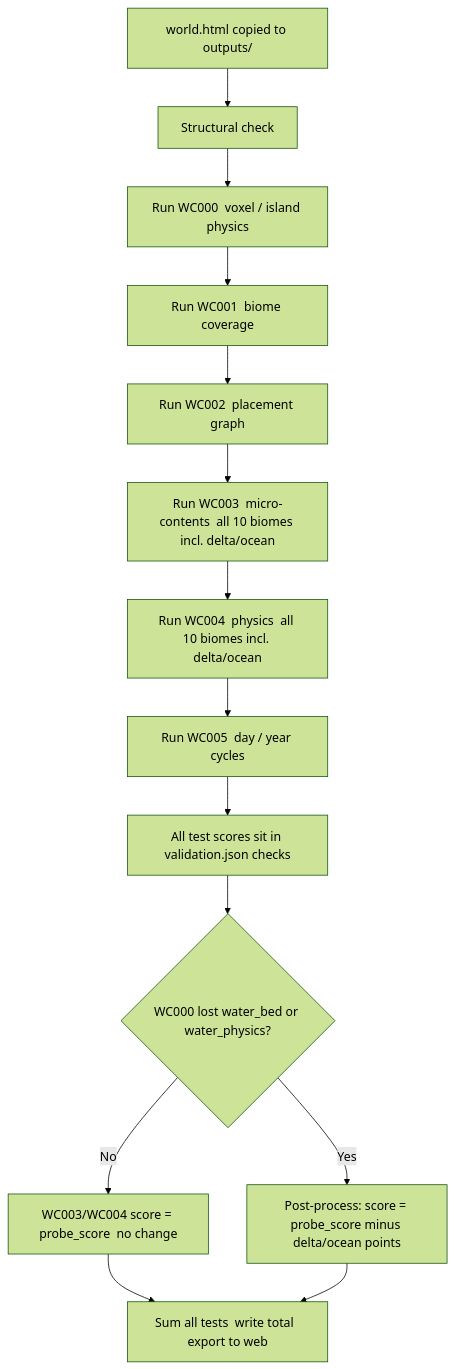
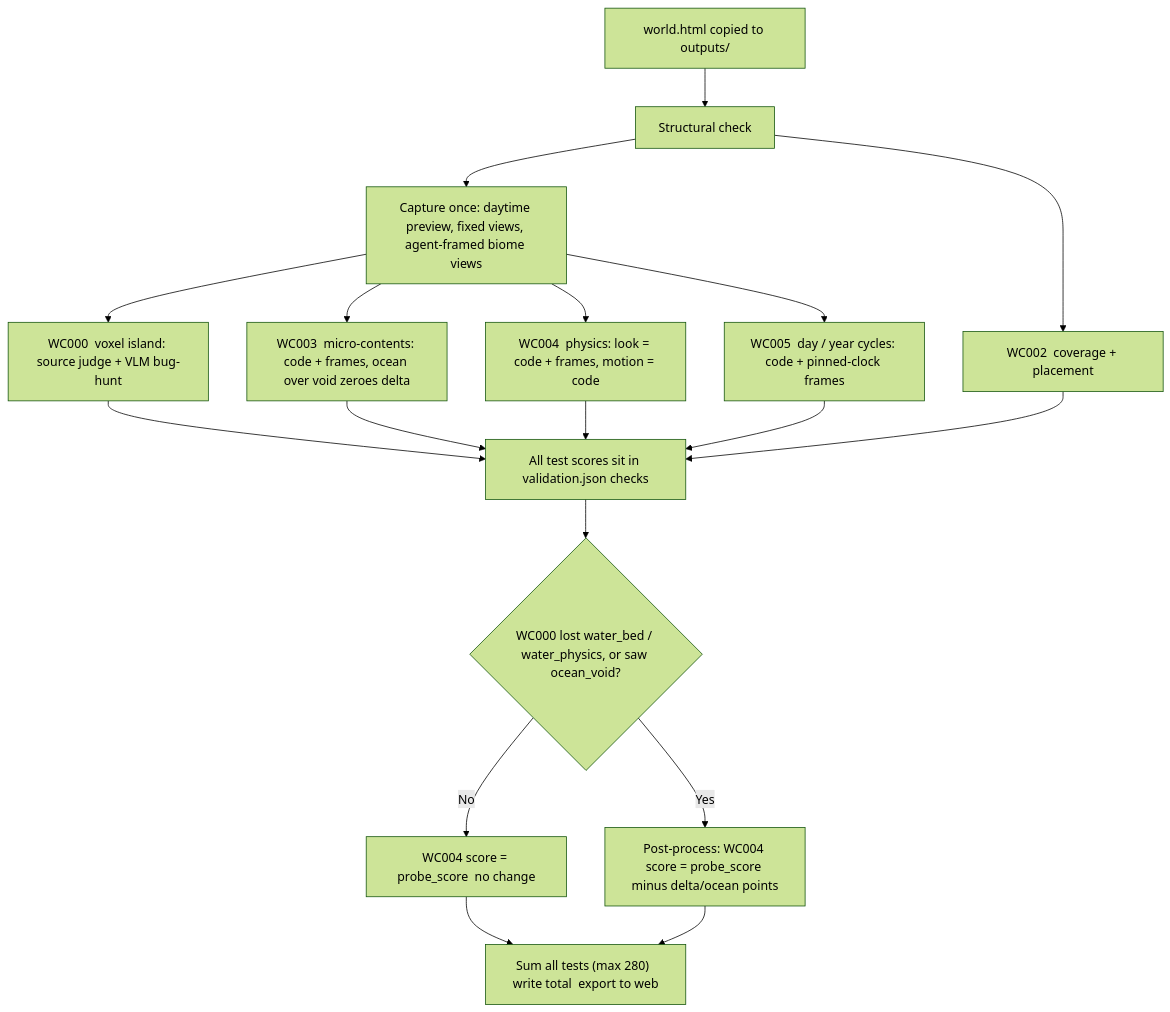
One commit to KrishBakshi/worldbench changed the diagram in tests/Readme.md. Above: the diagram before and after it, drawn with Mermaid (forest theme). The commit also changed 29 other files, not shown here.

First line of the commit message:
WC005 on pinned-clock frames, fixed 280-pt ladder, capture in validate, rate-limit safety.

````diff
--- a/tests/Readme.md
+++ b/tests/Readme.md
@@ -1,19 +1,23 @@
 ```mermaid
 flowchart TD
     A["world.html copied to outputs/"] --> B["Structural check"]
-    B --> C["Run WC000  voxel / island physics"]
-    C --> D["Run WC001  biome coverage"]
-    D --> E["Run WC002  placement graph"]
-    E --> F["Run WC003  micro-contents  all 10 biomes incl. delta/ocean"]
-    F --> G["Run WC004  physics  all 10 biomes incl. delta/ocean"]
-    G --> H["Run WC005  day / year cycles"]
+    B --> CAP["Capture once: daytime preview, fixed views, agent-framed biome views"]
+    CAP --> C["WC000  voxel island: source judge + VLM bug-hunt"]
+    B --> E["WC002  coverage + placement"]
+    CAP --> F["WC003  micro-contents: code + frames, ocean over void zeroes delta"]
+    CAP --> G["WC004  physics: look = code + frames, motion = code"]
+    CAP --> H["WC005  day / year cycles: code + pinned-clock frames"]
 
-    H --> I["All test scores sit in validation.json checks"]
+    C --> I["All test scores sit in validation.json checks"]
+    E --> I
+    F --> I
+    G --> I
+    H --> I
 
-    I --> J{"WC000 lost water_bed or water_physics?"}
-    J -->|No| K["WC003/WC004 score = probe_score  no change"]
-    J -->|Yes| L["Post-process: score = probe_score minus delta/ocean points"]
+    I --> J{"WC000 lost water_bed / water_physics, or saw ocean_void?"}
+    J -->|No| K["WC004 score = probe_score  no change"]
+    J -->|Yes| L["Post-process: WC004 score = probe_score minus delta/ocean points"]
 
-    K --> M["Sum all tests  write total  export to web"]
+    K --> M["Sum all tests (max 280)  write total  export to web"]
     L --> M
 ```
````
